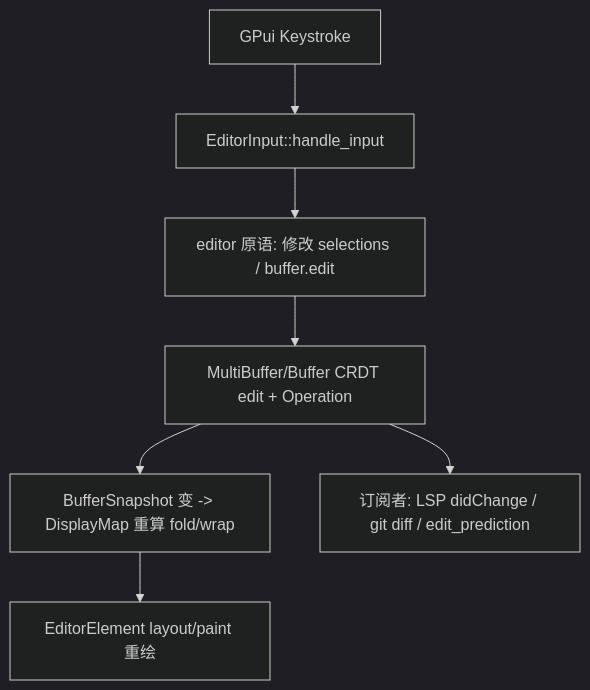
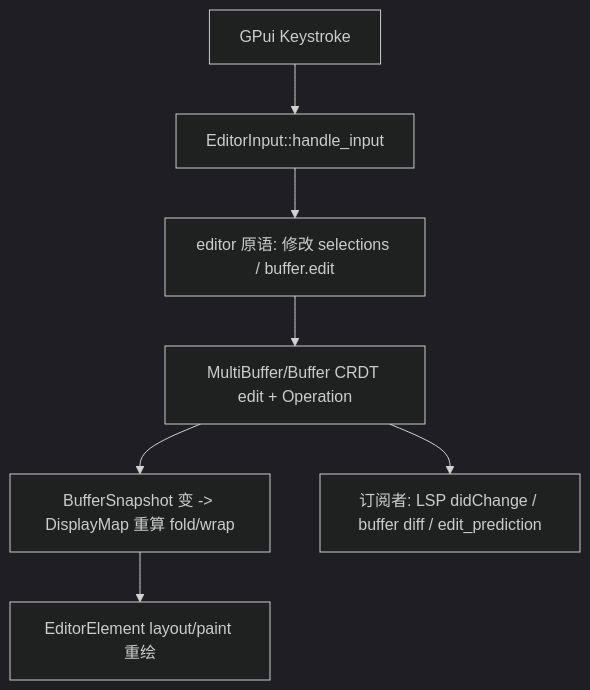
The diagram in wiki/Editor-Deep-Dive.md (rzhangjing/zed), drawn with Mermaid (dark theme) before and after one commit. The commit also changed other lines of this file and 275 other files, not shown here.

````diff
--- a/wiki/Editor-Deep-Dive.md
+++ b/wiki/Editor-Deep-Dive.md
@@ -81,9 +80,9 @@
 ```mermaid
 graph TB
     A[GPui Keystroke] --> C[EditorInput::handle_input]
     C --> D[editor 原语: 修改 selections / buffer.edit]
     D --> E[MultiBuffer/Buffer CRDT edit + Operation]
     E --> F[BufferSnapshot 变 -> DisplayMap 重算 fold/wrap]
     F --> G[EditorElement layout/paint 重绘]
-    E --> H[订阅者: LSP didChange / git diff / edit_prediction]
+    E --> H[订阅者: LSP didChange / buffer diff / edit_prediction]
 ```
````
